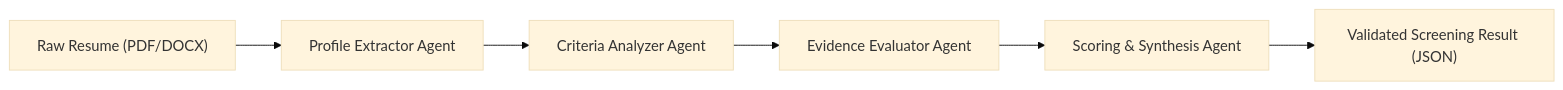
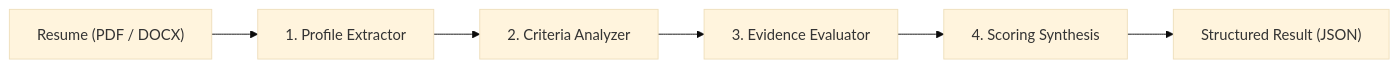
The diagram in README.md (Magyklord/ATS_Finalized), drawn with Mermaid (base theme) before and after one commit. The commit also changed other lines of this file and 40 other files, not shown here.

````diff
--- a/README.md
+++ b/README.md
@@ -177,8 +156,8 @@
 ```mermaid
 flowchart LR
-    A["Raw Resume (PDF/DOCX)"] --> B["Profile Extractor Agent"]
-    B --> C["Criteria Analyzer Agent"]
-    C --> D["Evidence Evaluator Agent"]
-    D --> E["Scoring & Synthesis Agent"]
-    E --> F["Validated Screening Result (JSON)"]
+    A["Resume (PDF / DOCX)"] --> B["1. Profile Extractor"]
+    B --> C["2. Criteria Analyzer"]
+    C --> D["3. Evidence Evaluator"]
+    D --> E["4. Scoring Synthesis"]
+    E --> F["Structured Result (JSON)"]
 ```
````
